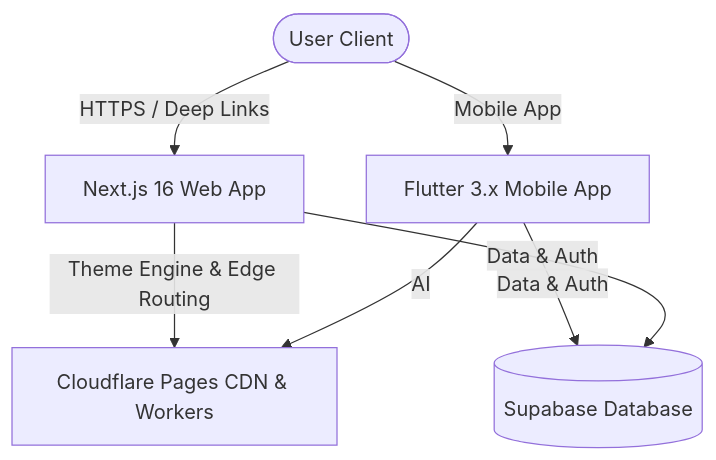
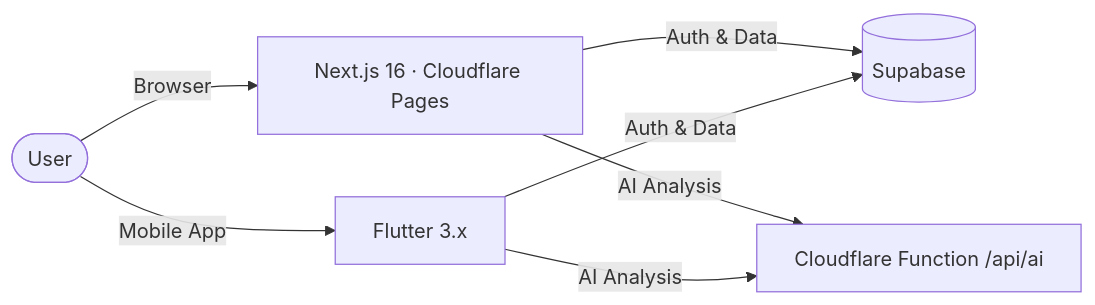
One commit to OK45batwal/FINSWITCH changed the first of 2 diagrams in README.md. Above: the diagram before and after it, drawn with Mermaid. The commit also changed other lines of this file and 27 other files, not shown here.

````diff
--- a/README.md
+++ b/README.md
@@ -112,10 +114,9 @@
 ```mermaid
-graph TD
-    User([User Client]) --> |HTTPS / Deep Links| WebApp[Next.js 16 Web App]
-    User --> |Mobile App| FlutterApp[Flutter 3.x Mobile App]
-    
-    WebApp --> |Theme Engine & Edge Routing| CF[Cloudflare Pages CDN & Workers]
-    FlutterApp --> |Data & Auth| Supabase[(Supabase Database)]
-    WebApp --> |Data & Auth| Supabase
-    FlutterApp --> |AI| CF
+graph LR
+    User([User]) -->|Browser| Web[Next.js 16 · Cloudflare Pages]
+    User -->|Mobile App| App[Flutter 3.x]
+    Web -->|Auth & Data| Supabase[(Supabase)]
+    App -->|Auth & Data| Supabase
+    Web -->|AI Analysis| CF[Cloudflare Function /api/ai]
+    App -->|AI Analysis| CF
 ```
````
